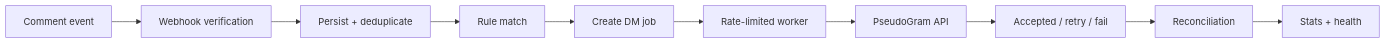
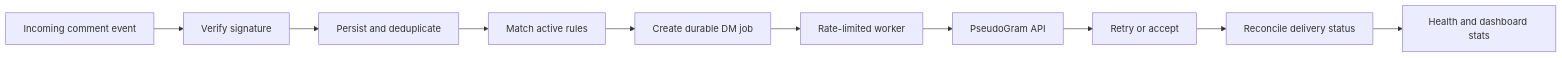
Before and after one commit to HarshithhKumar/HookRelay: the diagram in README.md, drawn with Mermaid. The commit also changed other lines of this file, not shown here.

````diff
--- a/README.md
+++ b/README.md
@@ -46,12 +30,12 @@
 ```mermaid
 flowchart LR
-    A[Comment event] --> B[Webhook verification]
-    B --> C[Persist + deduplicate]
-    C --> D[Rule match]
-    D --> E[Create DM job]
+    A[Incoming comment event] --> B[Verify signature]
+    B --> C[Persist and deduplicate]
+    C --> D[Match active rules]
+    D --> E[Create durable DM job]
     E --> F[Rate-limited worker]
     F --> G[PseudoGram API]
-    G --> H[Accepted / retry / fail]
-    H --> I[Reconciliation]
-    I --> J[Stats + health]
+    G --> H[Retry or accept]
+    H --> I[Reconcile delivery status]
+    I --> J[Health and dashboard stats]
 ```
````
